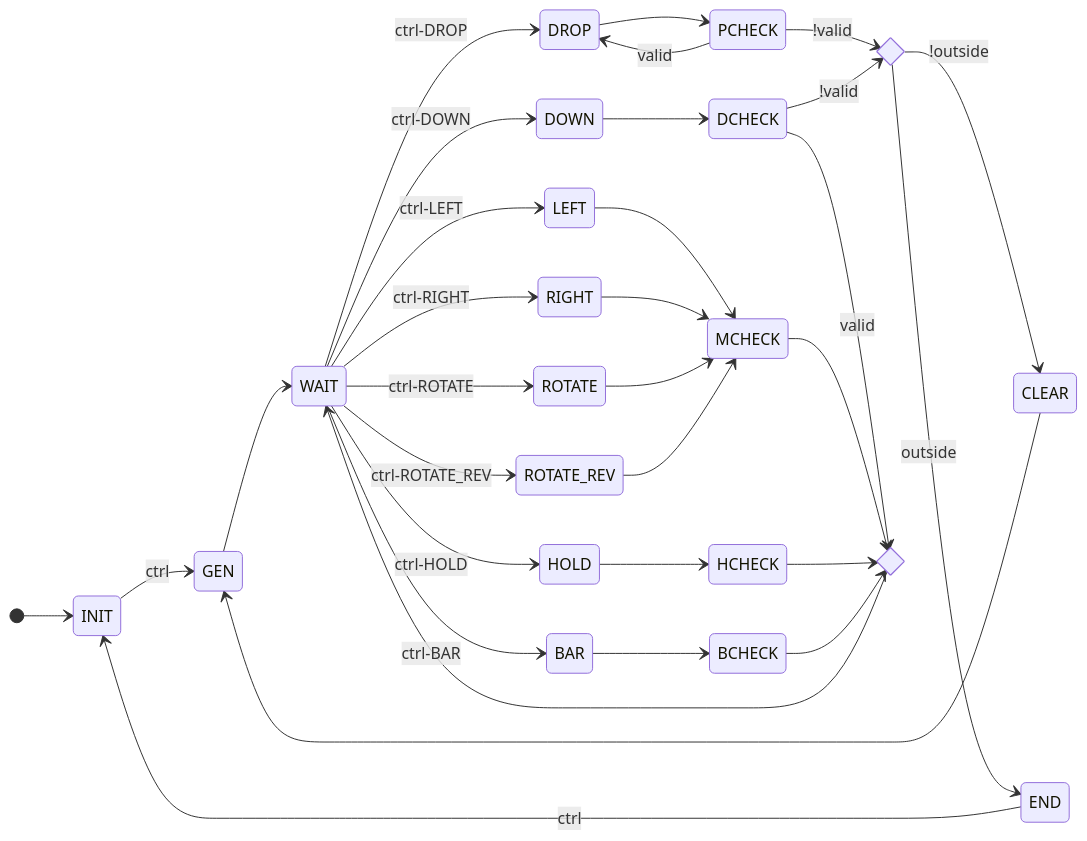
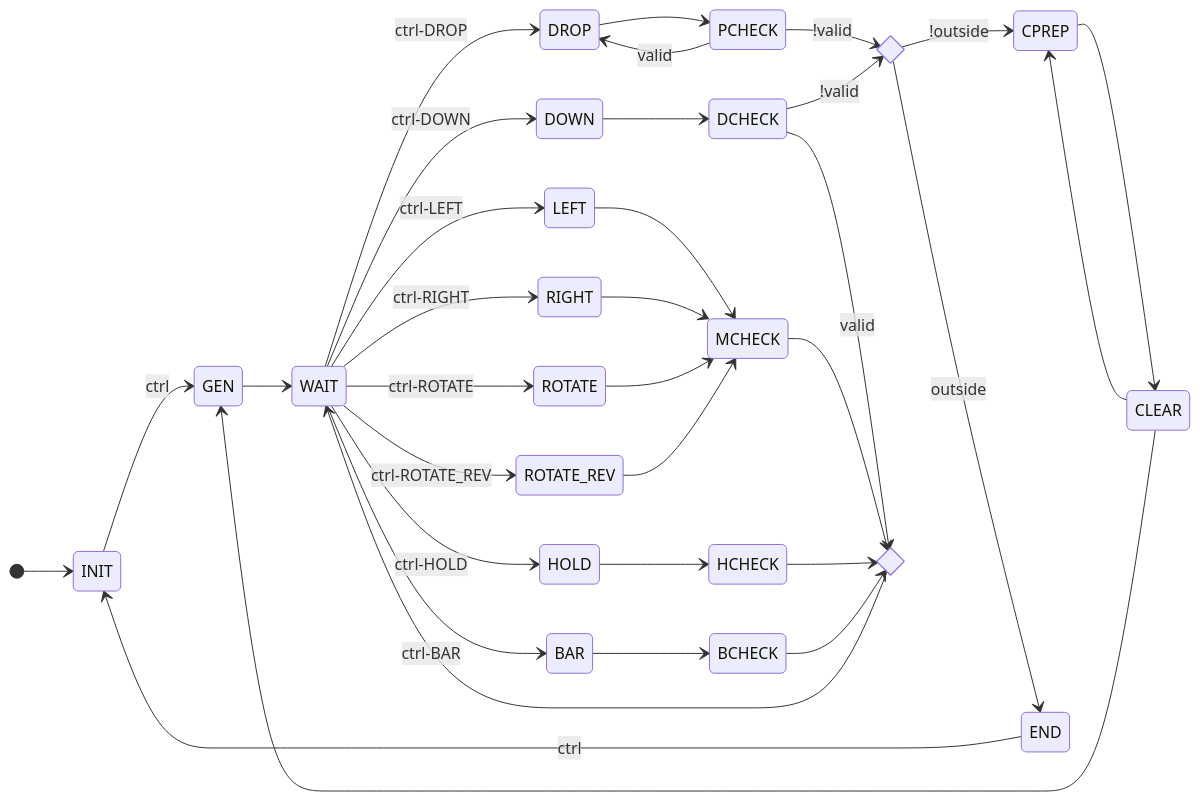
One commit to nella17/NYCU-DCLab-2022-Final changed the third of 4 diagrams in README.md. Above: the diagram before and after it, drawn with Mermaid.

Commit message:
add CPREP state

````diff
--- a/README.md
+++ b/README.md
@@ -80,37 +80,39 @@
 ```mermaid
 stateDiagram-v2
 direction LR
 [*] --> INIT
 INIT --> GEN    : ctrl
 GEN --> WAIT
 WAIT --> DROP   : ctrl-DROP
 WAIT --> DOWN   : ctrl-DOWN
 WAIT --> LEFT   : ctrl-LEFT
 WAIT --> RIGHT  : ctrl-RIGHT
 WAIT --> ROTATE : ctrl-ROTATE
 WAIT --> ROTATE_REV : ctrl-ROTATE_REV
 WAIT --> HOLD   : ctrl-HOLD
 WAIT --> BAR    : ctrl-BAR
 DROP --> PCHECK
 DOWN --> DCHECK
 LEFT --> MCHECK
 RIGHT --> MCHECK
 ROTATE --> MCHECK
 ROTATE_REV --> MCHECK
 HOLD --> HCHECK
 BAR --> BCHECK
 PCHECK --> DROP     : valid
 state CLEAR_END <<choice>>
 state WAIT_ <<choice>>
 PCHECK --> CLEAR_END : !valid
 DCHECK --> CLEAR_END : !valid
 DCHECK --> WAIT_     : valid
 MCHECK --> WAIT_
 HCHECK --> WAIT_
 BCHECK --> WAIT_
 WAIT_ --> WAIT
-CLEAR_END --> CLEAR  : !outside
+CLEAR_END --> CPREP  : !outside
 CLEAR_END --> END    : outside
 END --> INIT         : ctrl
+CPREP --> CLEAR
+CLEAR --> CPREP
 CLEAR --> GEN
 ```
````
